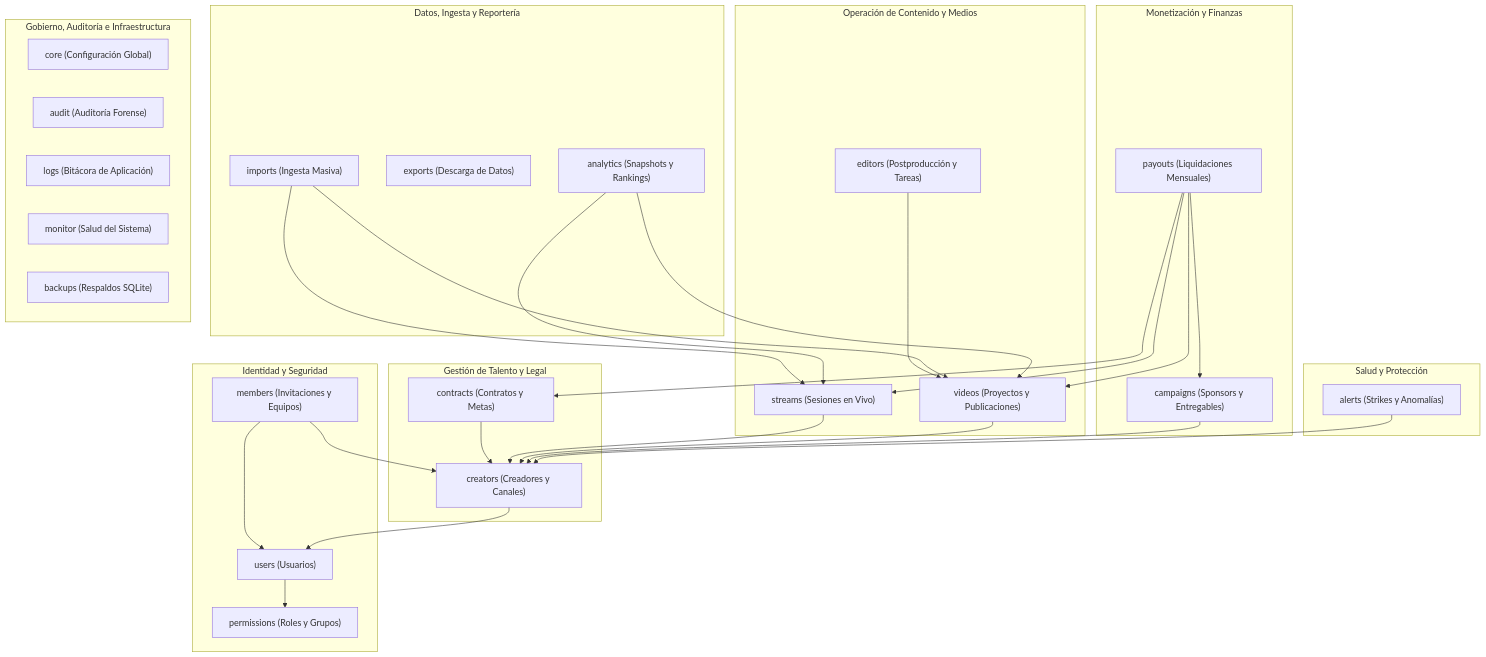
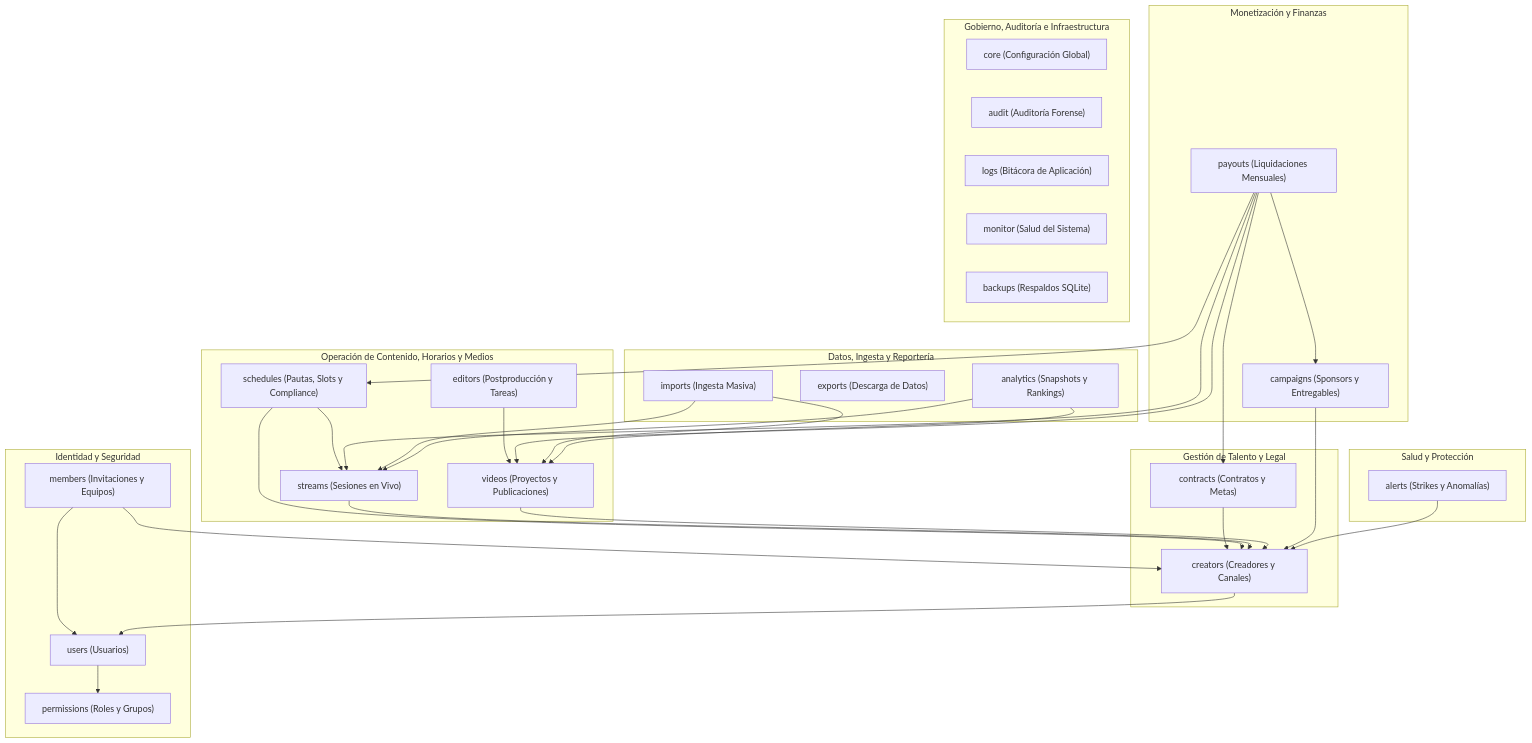
Before and after one commit to DiegoRiveraEstefano/rrss-creators-analyzer: the diagram in docs/requeriments/00_INDICE_Y_ARQUITECTURA_REQUERIMIENTOS.md, drawn with Mermaid. The commit also changed other lines of this file and 1 other file, not shown here.

First line of the commit message:
Add schedules module requirements and update traceability matrix

````diff
--- a/docs/requeriments/00_INDICE_Y_ARQUITECTURA_REQUERIMIENTOS.md
+++ b/docs/requeriments/00_INDICE_Y_ARQUITECTURA_REQUERIMIENTOS.md
@@ -15,61 +15,65 @@
 ```mermaid
 graph TD
     subgraph "Identidad y Seguridad"
         M_USERS["users (Usuarios)"]
         M_PERM["permissions (Roles y Grupos)"]
         M_MEMB["members (Invitaciones y Equipos)"]
     end
 
     subgraph "Gestión de Talento y Legal"
         M_CREAT["creators (Creadores y Canales)"]
         M_CONT["contracts (Contratos y Metas)"]
     end
 
-    subgraph "Operación de Contenido y Medios"
+    subgraph "Operación de Contenido, Horarios y Medios"
+        M_SCH["schedules (Pautas, Slots y Compliance)"]
         M_STR["streams (Sesiones en Vivo)"]
         M_VID["videos (Proyectos y Publicaciones)"]
         M_EDT["editors (Postproducción y Tareas)"]
     end
 
     subgraph "Monetización y Finanzas"
         M_CAMP["campaigns (Sponsors y Entregables)"]
         M_PAY["payouts (Liquidaciones Mensuales)"]
     end
 
     subgraph "Salud y Protección"
         M_ALT["alerts (Strikes y Anomalías)"]
     end
 
     subgraph "Datos, Ingesta y Reportería"
         M_IMP["imports (Ingesta Masiva)"]
         M_EXP["exports (Descarga de Datos)"]
         M_ANA["analytics (Snapshots y Rankings)"]
     end
 
     subgraph "Gobierno, Auditoría e Infraestructura"
         M_CORE["core (Configuración Global)"]
         M_AUD["audit (Auditoría Forense)"]
         M_LOG["logs (Bitácora de Aplicación)"]
         M_MON["monitor (Salud del Sistema)"]
         M_BAK["backups (Respaldos SQLite)"]
     end
 
     M_USERS --> M_PERM
     M_MEMB --> M_USERS
     M_CREAT --> M_USERS
     M_MEMB --> M_CREAT
     M_CONT --> M_CREAT
+    M_SCH --> M_CREAT
+    M_SCH --> M_STR
+    M_PAY --> M_SCH
     M_STR --> M_CREAT
     M_VID --> M_CREAT
     M_EDT --> M_VID
     M_CAMP --> M_CREAT
     M_PAY --> M_CONT
     M_PAY --> M_STR
     M_PAY --> M_VID
     M_PAY --> M_CAMP
     M_ALT --> M_CREAT
     M_IMP --> M_STR
     M_IMP --> M_VID
     M_ANA --> M_STR
     M_ANA --> M_VID
 ```
````
